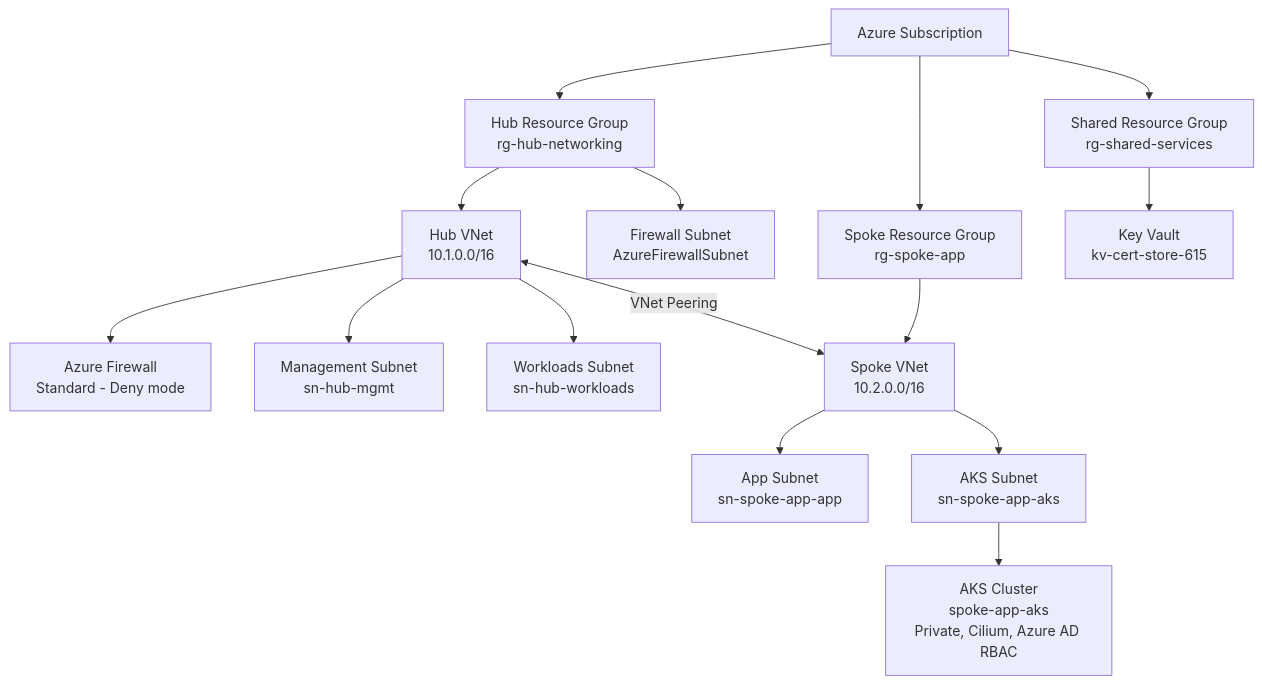
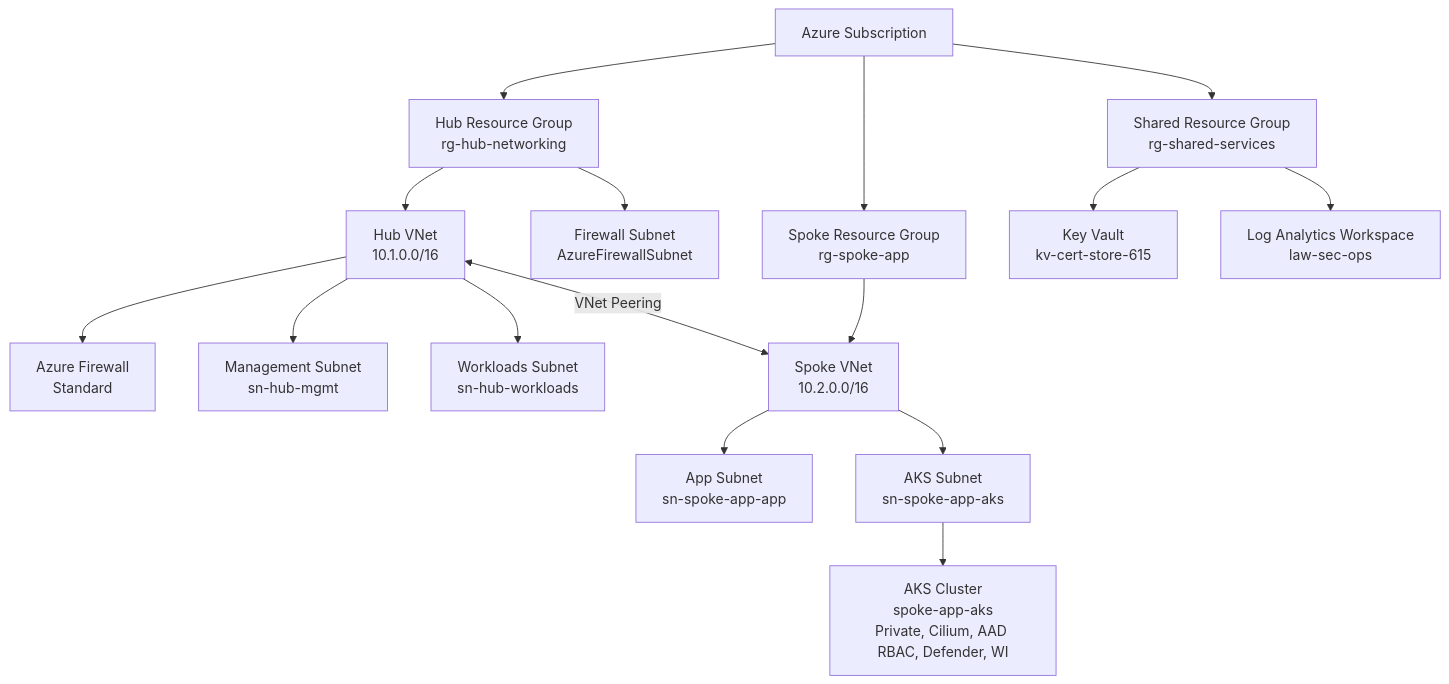
The diagram in README.md (CamParent/iac-foundation), drawn with Mermaid before and after one commit. The commit also changed other lines of this file, not shown here.

````diff
--- a/README.md
+++ b/README.md
@@ -39,22 +46,23 @@
 ```mermaid
 graph TD
   A[Azure Subscription] --> B[Hub Resource Group\nrg-hub-networking]
   B --> C[Hub VNet\n10.1.0.0/16]
-  C --> D[Azure Firewall\nStandard - Deny mode]
+  C --> D[Azure Firewall\nStandard]
   C --> E[Management Subnet\nsn-hub-mgmt]
   C --> F[Workloads Subnet\nsn-hub-workloads]
   B --> G[Firewall Subnet\nAzureFirewallSubnet]
 
   A --> H[Spoke Resource Group\nrg-spoke-app]
   H --> I[Spoke VNet\n10.2.0.0/16]
   I --> J[App Subnet\nsn-spoke-app-app]
   I --> M[AKS Subnet\nsn-spoke-app-aks]
 
   A --> K[Shared Resource Group\nrg-shared-services]
   K --> L[Key Vault\nkv-cert-store-615]
+  K --> O[Log Analytics Workspace\nlaw-sec-ops]
 
   C <-->|VNet Peering| I
 
   %% Optional AKS deployment
-  M --> N[AKS Cluster\nspoke-app-aks\nPrivate, Cilium, Azure AD RBAC]
+  M --> N[AKS Cluster\nspoke-app-aks\nPrivate, Cilium, AAD RBAC, Defender, WI]
 ```
````
